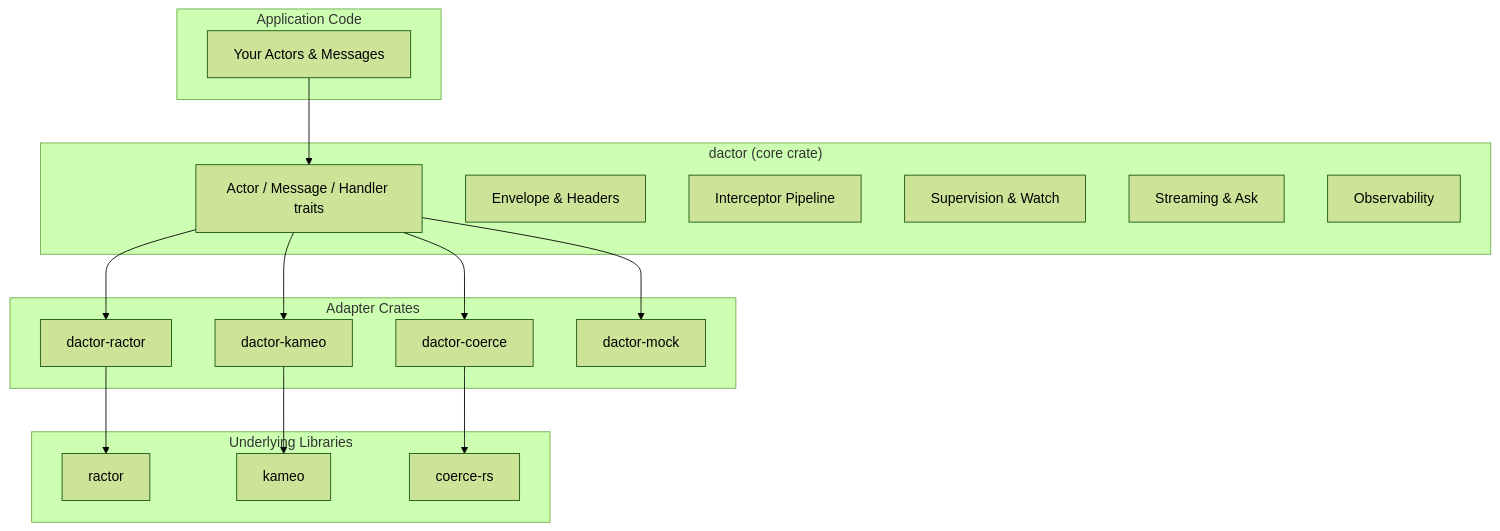
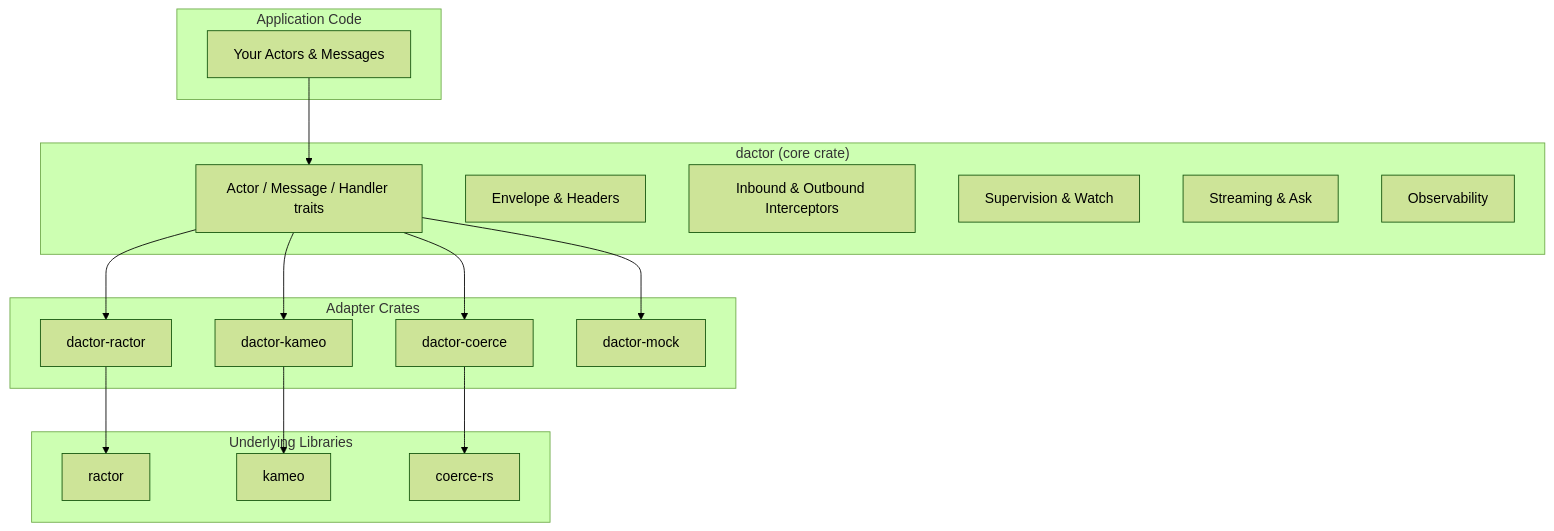
Before and after one commit to ditas-team/dactor: the first of 14 diagrams in docs/design-v0.2.md, drawn with Mermaid (forest theme). The commit also changed other lines of this file, not shown here.

First line of the commit message:
docs: rename Interceptor → InboundInterceptor for symmetry

````diff
--- a/docs/design-v0.2.md
+++ b/docs/design-v0.2.md
@@ -13,30 +13,30 @@
 ```mermaid
 graph TB
     subgraph "Application Code"
         App[Your Actors & Messages]
     end
     subgraph "dactor (core crate)"
         Actor[Actor / Message / Handler traits]
         Envelope[Envelope & Headers]
-        Interceptor[Interceptor Pipeline]
+        Interceptor[Inbound & Outbound Interceptors]
         Supervision[Supervision & Watch]
         Stream[Streaming & Ask]
         Metrics[Observability]
     end
     subgraph "Adapter Crates"
         R[dactor-ractor]
         K[dactor-kameo]
         C[dactor-coerce]
         M[dactor-mock]
     end
     subgraph "Underlying Libraries"
         RL[ractor]
         KL[kameo]
         CL[coerce-rs]
     end
     App --> Actor
     Actor --> R & K & C & M
     R --> RL
     K --> KL
     C --> CL
 ```
````
